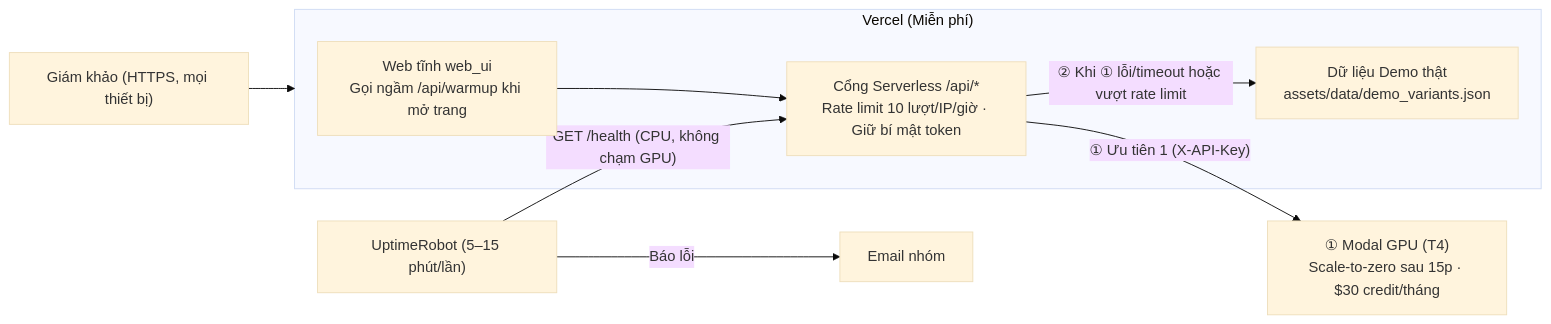
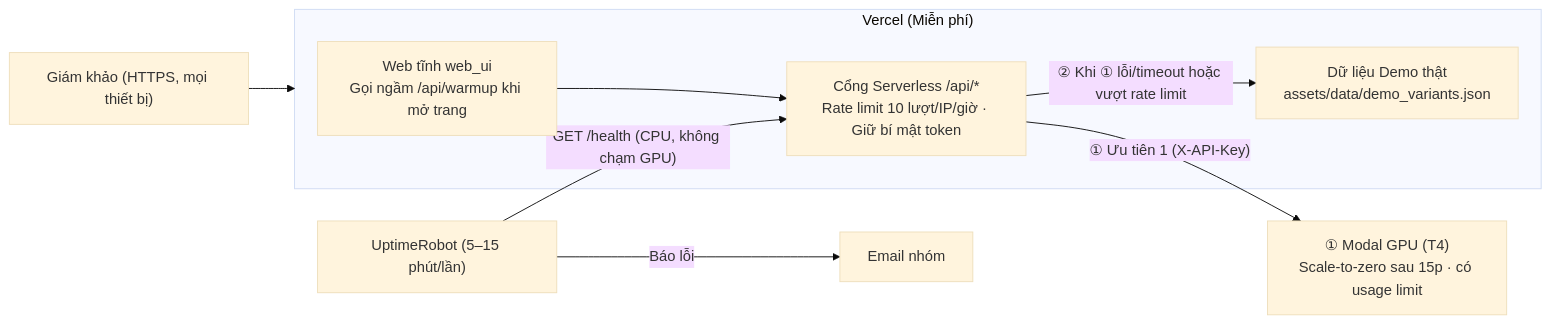
The diagram in docs/DEPLOY.md (quoczai22/tai-sinh-di-san-so-ai), drawn with Mermaid (base theme) before and after one commit. The commit also changed other lines of this file, not shown here.

First line of the commit message:
docs(deploy): bổ sung DH_REQUIRE_API_KEY, bảng xử lý cảnh báo và cách deploy Vercel hiện tại

````diff
--- a/docs/DEPLOY.md
+++ b/docs/DEPLOY.md
@@ -12,16 +12,16 @@
 ```mermaid
 flowchart LR
     Judge["Giám khảo (HTTPS, mọi thiết bị)"] --> Vercel["Vercel (Root: web_ui)"]
     subgraph Vercel["Vercel (Miễn phí)"]
         Static["Web tĩnh web_ui\nGọi ngầm /api/warmup khi mở trang"]
         Gateway["Cổng Serverless /api/*\nRate limit 10 lượt/IP/giờ · Giữ bí mật token"]
         DemoData["Dữ liệu Demo thật\nassets/data/demo_variants.json"]
         Static --> Gateway
     end
 
-    Gateway -->|"① Ưu tiên 1 (X-API-Key)"| Modal["① Modal GPU (T4)\nScale-to-zero sau 15p · $30 credit/tháng"]
+    Gateway -->|"① Ưu tiên 1 (X-API-Key)"| Modal["① Modal GPU (T4)\nScale-to-zero sau 15p · có usage limit"]
     Gateway -->|"② Khi ① lỗi/timeout hoặc vượt rate limit"| DemoData
 
     Uptime["UptimeRobot (5–15 phút/lần)"] -->|"GET /health (CPU, không chạm GPU)"| Gateway
     Uptime -->|"Báo lỗi"| Alert["Email nhóm"]
 ```
````
